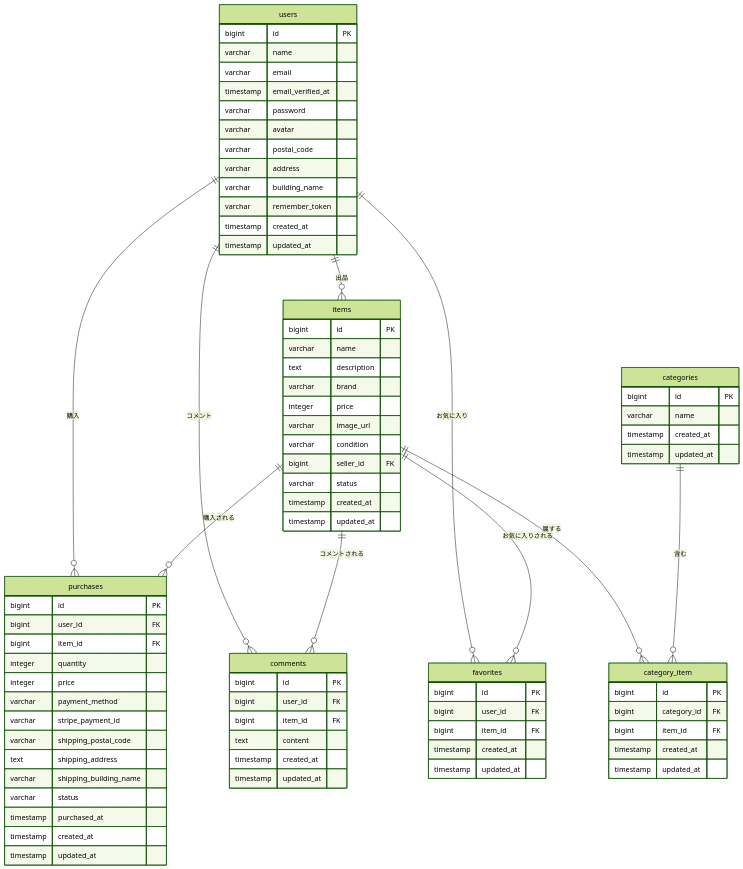
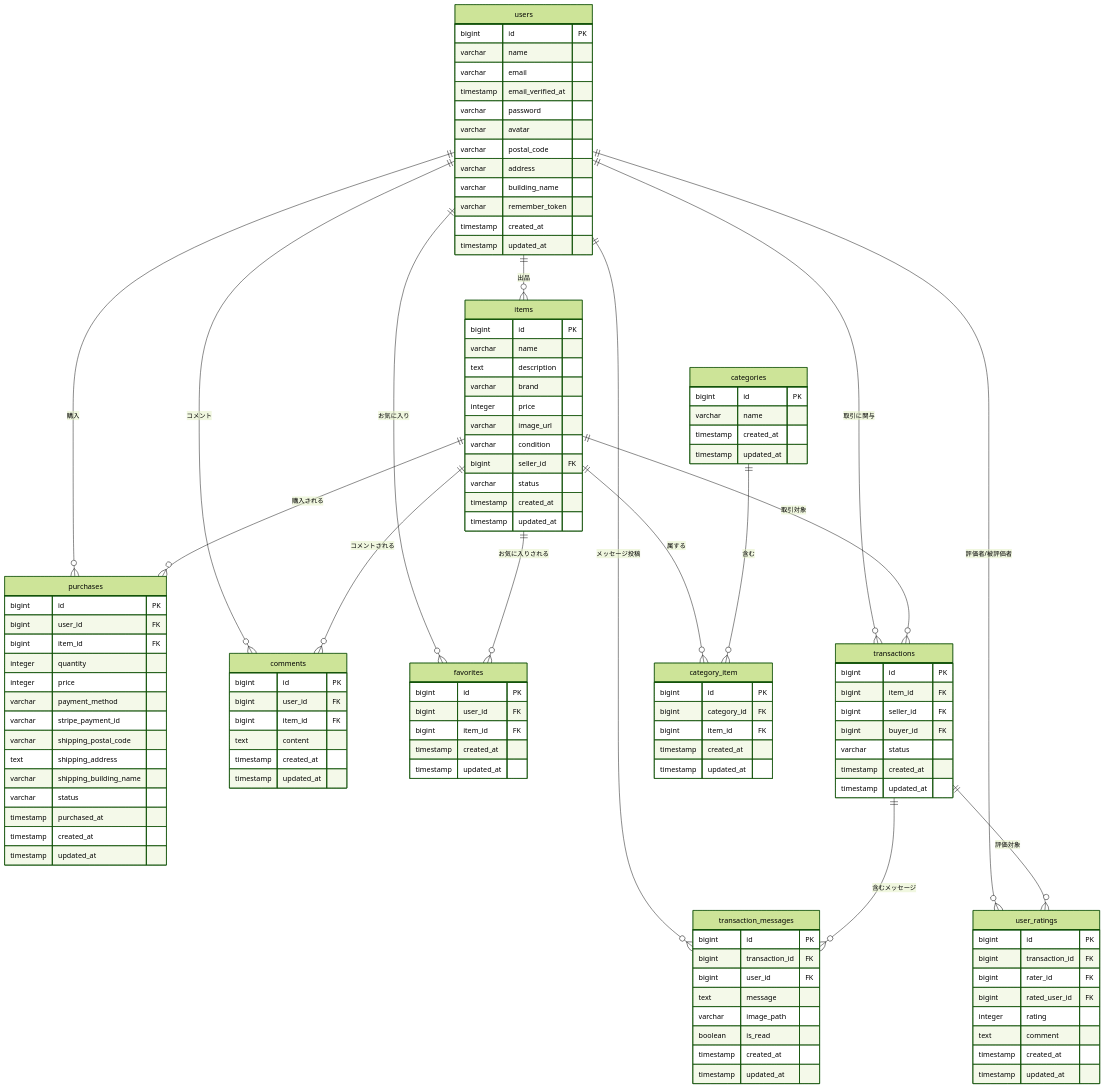
The diagram in README.md (KunimitsuMk2/mogi2), drawn with Mermaid (forest theme) before and after one commit. The commit also changed other lines of this file, not shown here.

````diff
--- a/README.md
+++ b/README.md
@@ -51,13 +75,20 @@
     users ||--o{ purchases : "購入"
     users ||--o{ comments : "コメント"
     users ||--o{ favorites : "お気に入り"
+    users ||--o{ transactions : "取引に関与"
+    users ||--o{ transaction_messages : "メッセージ投稿"
+    users ||--o{ user_ratings : "評価者/被評価者"
     
     items ||--o{ purchases : "購入される"
     items ||--o{ comments : "コメントされる"
     items ||--o{ favorites : "お気に入りされる"
     items ||--o{ category_item : "属する"
+    items ||--o{ transactions : "取引対象"
     
     categories ||--o{ category_item : "含む"
+
+    transactions ||--o{ transaction_messages : "含むメッセージ"
+    transactions ||--o{ user_ratings : "評価対象"
 
     users {
         bigint id PK
@@ -136,4 +167,36 @@
         timestamp created_at
         timestamp updated_at
     }
+
+    transactions {
+        bigint id PK
+        bigint item_id FK
+        bigint seller_id FK
+        bigint buyer_id FK
+        varchar status
+        timestamp created_at
+        timestamp updated_at
+    }
+
+    transaction_messages {
+        bigint id PK
+        bigint transaction_id FK
+        bigint user_id FK
+        text message
+        varchar image_path
+        boolean is_read
+        timestamp created_at
+        timestamp updated_at
+    }
+
+    user_ratings {
+        bigint id PK
+        bigint transaction_id FK
+        bigint rater_id FK
+        bigint rated_user_id FK
+        integer rating
+        text comment
+        timestamp created_at
+        timestamp updated_at
+    }
 ```
````
